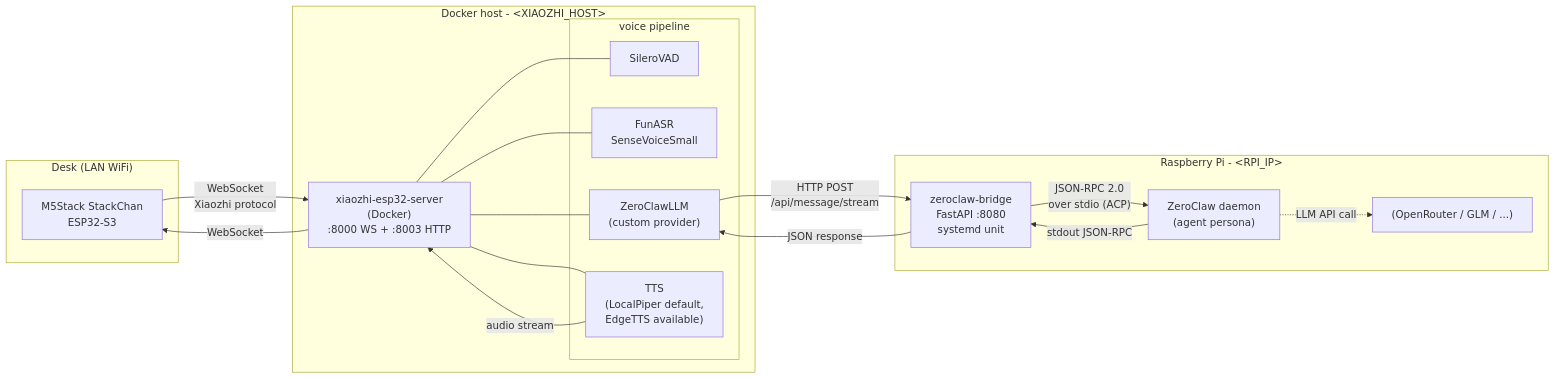
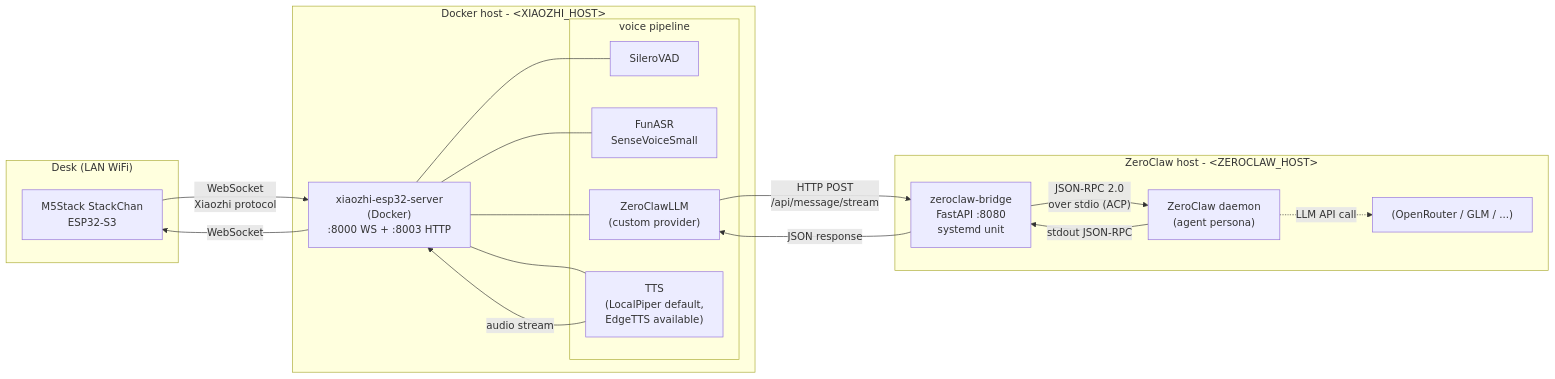
The first of 3 diagrams in README.md (BrettKinny/dotty-stackchan), drawn with Mermaid before and after one commit. The commit also changed other lines of this file and 36 other files, not shown here.

````diff
--- a/README.md
+++ b/README.md
@@ -101,32 +101,32 @@
 ```mermaid
 flowchart LR
     subgraph Desk["Desk (LAN WiFi)"]
         SC["M5Stack StackChan<br/>ESP32-S3"]
     end
 
     subgraph DockerHost["Docker host - &lt;XIAOZHI_HOST&gt;"]
         XZ["xiaozhi-esp32-server<br/>(Docker)<br/>:8000 WS + :8003 HTTP"]
         subgraph XZMods["voice pipeline"]
             VAD["SileroVAD"]
             ASR["FunASR<br/>SenseVoiceSmall"]
             LLM["ZeroClawLLM<br/>(custom provider)"]
             TTS["TTS<br/>(LocalPiper default,<br/>EdgeTTS available)"]
         end
     end
 
-    subgraph RPi["Raspberry Pi - &lt;RPI_IP&gt;"]
+    subgraph ZCHost["ZeroClaw host - &lt;ZEROCLAW_HOST&gt;"]
         Bridge["zeroclaw-bridge<br/>FastAPI :8080<br/>systemd unit"]
         ZC["ZeroClaw daemon<br/>(agent persona)"]
         Cloud["(OpenRouter / GLM / ...)"]
     end
 
     SC -->|"WebSocket<br/>Xiaozhi protocol"| XZ
     XZ --- VAD & ASR & LLM & TTS
     LLM -->|"HTTP POST<br/>/api/message/stream"| Bridge
     Bridge -->|"JSON-RPC 2.0<br/>over stdio (ACP)"| ZC
     ZC -.->|"LLM API call"| Cloud
     ZC -->|"stdout JSON-RPC"| Bridge
     Bridge -->|"JSON response"| LLM
     TTS -->|"audio stream"| XZ
     XZ -->|"WebSocket"| SC
 ```
````
